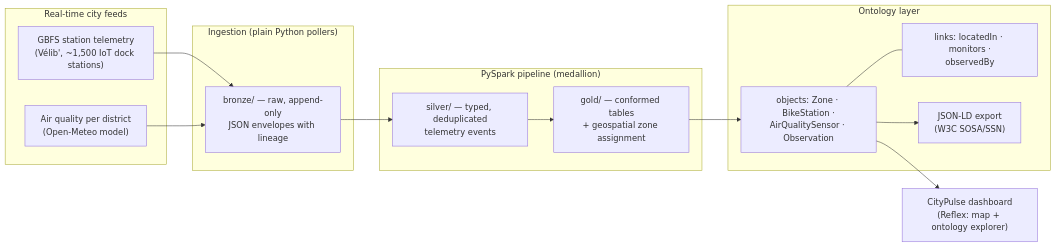
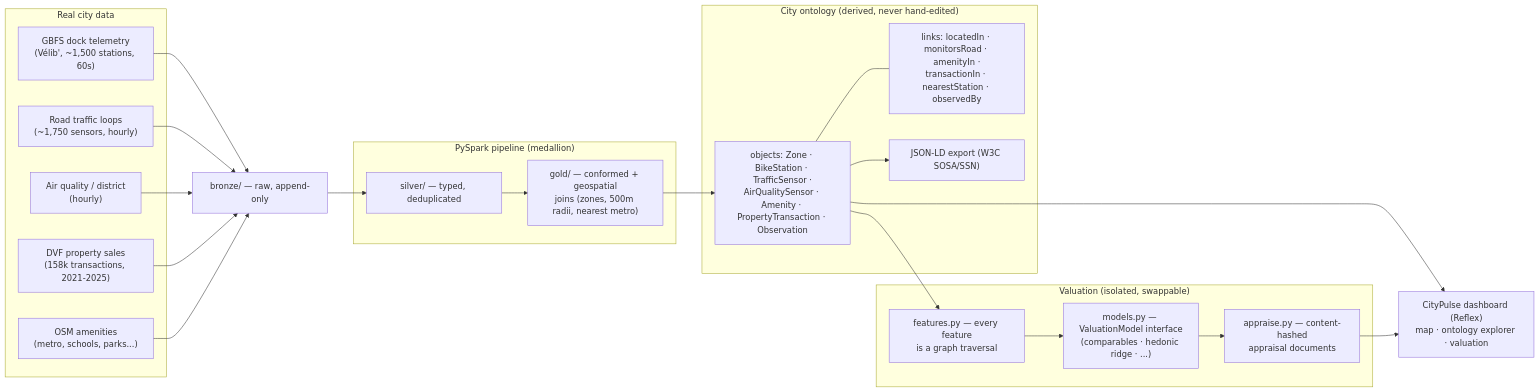
Before and after one commit to jpbianchi/smart-city: the diagram in README.md, drawn with Mermaid. The commit also changed other lines of this file and 20 other files, not shown here.

First line of the commit message:
Add DVF sales, road traffic, amenities; ontology-driven property valuation

````diff
--- a/README.md
+++ b/README.md
@@ -18,26 +21,37 @@
 ```mermaid
 flowchart LR
-    subgraph Sources["Real-time city feeds"]
-        A["GBFS station telemetry<br/>(Vélib', ~1,500 IoT dock stations)"]
-        B["Air quality per district<br/>(Open-Meteo model)"]
+    subgraph Sources["Real city data"]
+        A["GBFS dock telemetry<br/>(Vélib', ~1,500 stations, 60s)"]
+        B["Road traffic loops<br/>(~1,750 sensors, hourly)"]
+        C["Air quality / district<br/>(hourly)"]
+        D["DVF property sales<br/>(158k transactions, 2021-2025)"]
+        E["OSM amenities<br/>(metro, schools, parks...)"]
     end
-    subgraph Ingestion["Ingestion (plain Python pollers)"]
-        C["bronze/ — raw, append-only<br/>JSON envelopes with lineage"]
+    F["bronze/ — raw, append-only"]
+    subgraph Pipeline["PySpark pipeline (medallion)"]
+        G["silver/ — typed, deduplicated"]
+        H["gold/ — conformed + geospatial<br/>joins (zones, 500m radii, nearest metro)"]
     end
-    subgraph Pipeline["PySpark pipeline (medallion)"]
-        D["silver/ — typed, deduplicated<br/>telemetry events"]
-        E["gold/ — conformed tables<br/>+ geospatial zone assignment"]
+    subgraph Ontology["City ontology (derived, never hand-edited)"]
+        I["objects: Zone · BikeStation · TrafficSensor ·<br/>AirQualitySensor · Amenity · PropertyTransaction · Observation"]
+        J["links: locatedIn · monitorsRoad · amenityIn ·<br/>transactionIn · nearestStation · observedBy"]
+        K["JSON-LD export (W3C SOSA/SSN)"]
     end
-    subgraph Ontology["Ontology layer"]
-        F["objects: Zone · BikeStation ·<br/>AirQualitySensor · Observation"]
-        G["links: locatedIn · monitors ·<br/>observedBy"]
-        H["JSON-LD export<br/>(W3C SOSA/SSN)"]
+    subgraph Valuation["Valuation (isolated, swappable)"]
+        L["features.py — every feature<br/>is a graph traversal"]
+        M["models.py — ValuationModel interface<br/>(comparables · hedonic ridge · ...)"]
+        N["appraise.py — content-hashed<br/>appraisal documents"]
     end
-    I["CityPulse dashboard<br/>(Reflex: map + ontology explorer)"]
-    A --> C
-    B --> C
-    C --> D --> E --> F
-    F --- G
-    F --> H
-    F --> I
+    O["CityPulse dashboard (Reflex)<br/>map · ontology explorer · valuation"]
+    A --> F
+    B --> F
+    C --> F
+    D --> F
+    E --> F
+    F --> G --> H --> I
+    I --- J
+    I --> K
+    I --> L --> M --> N
+    I --> O
+    N --> O
 ```
````
